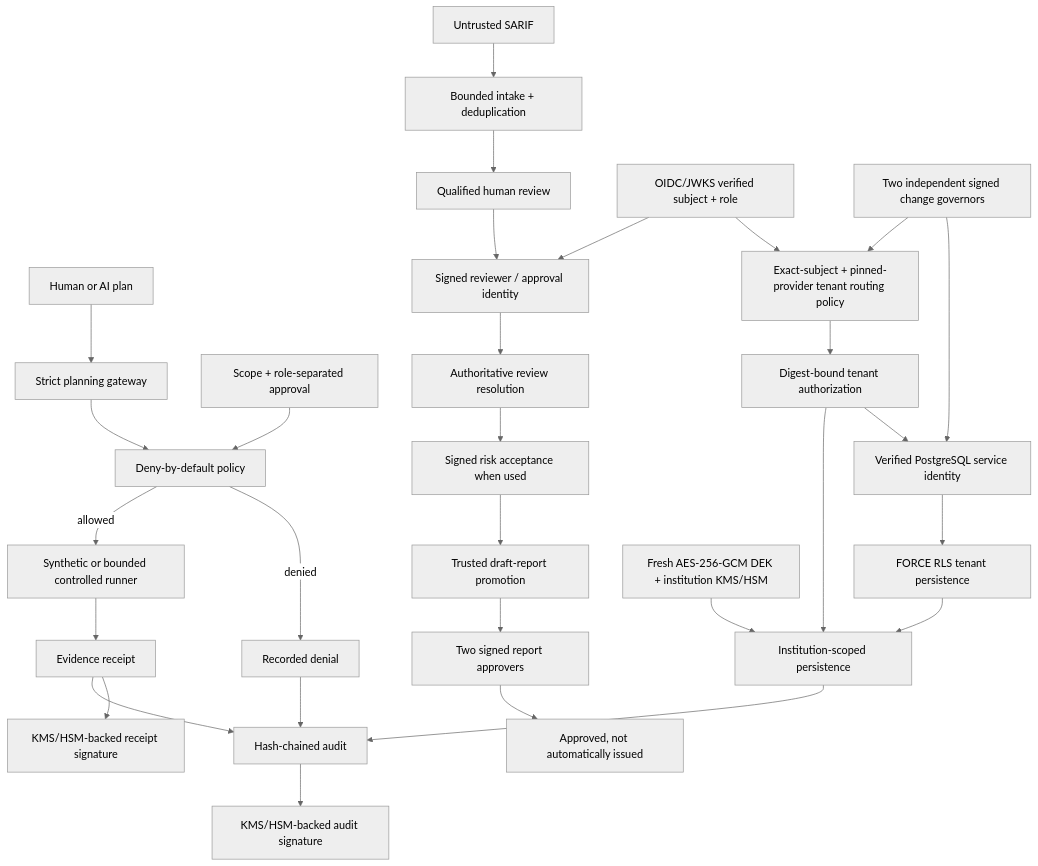
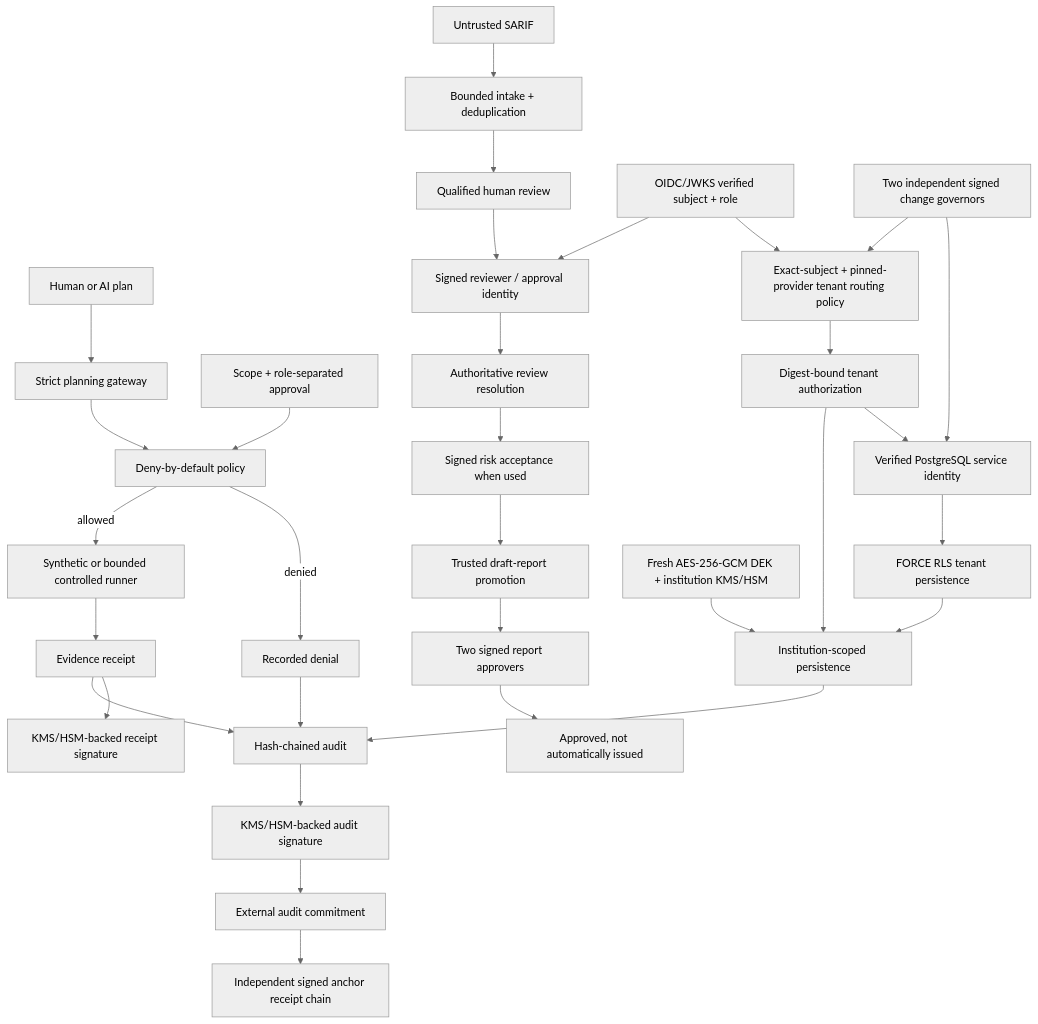
Before and after one commit to bilgekayali/finredops: the diagram in README.md, drawn with Mermaid (neutral theme). The commit also changed other lines of this file and 16 other files, not shown here.

First line of the commit message:
feat: FinRedOps v0.8.5 external audit anchoring (#21)

````diff
--- a/README.md
+++ b/README.md
@@ -48,32 +49,34 @@
 ```mermaid
 flowchart TD
     A["Human or AI plan"] --> B["Strict planning gateway"]
     B --> C["Deny-by-default policy"]
     D["Scope + role-separated approval"] --> C
     C -->|allowed| E["Synthetic or bounded controlled runner"]
     C -->|denied| F["Recorded denial"]
     E --> G["Evidence receipt"]
     F --> H["Hash-chained audit"]
     G --> H
     I["Untrusted SARIF"] --> J["Bounded intake + deduplication"]
     J --> K["Qualified human review"]
     O["OIDC/JWKS verified subject + role"] --> L["Signed reviewer / approval identity"]
     K --> L
     L --> N["Authoritative review resolution"]
     N --> R["Signed risk acceptance when used"]
     R --> M["Trusted draft-report promotion"]
     M --> P["Two signed report approvers"]
     P --> Q["Approved, not automatically issued"]
     O --> W["Exact-subject + pinned-provider tenant routing policy"]
     CC["Two independent signed change governors"] --> W
     W --> X["Digest-bound tenant authorization"]
     X --> S["Institution-scoped persistence"]
     X --> Y["Verified PostgreSQL service identity"]
     CC --> Y
     Y --> Z["FORCE RLS tenant persistence"]
     Z --> S
     S --> H
     T["Fresh AES-256-GCM DEK + institution KMS/HSM"] --> S
     H --> U["KMS/HSM-backed audit signature"]
+    U --> AA["External audit commitment"]
+    AA --> AB["Independent signed anchor receipt chain"]
     G --> V["KMS/HSM-backed receipt signature"]
 ```
````
